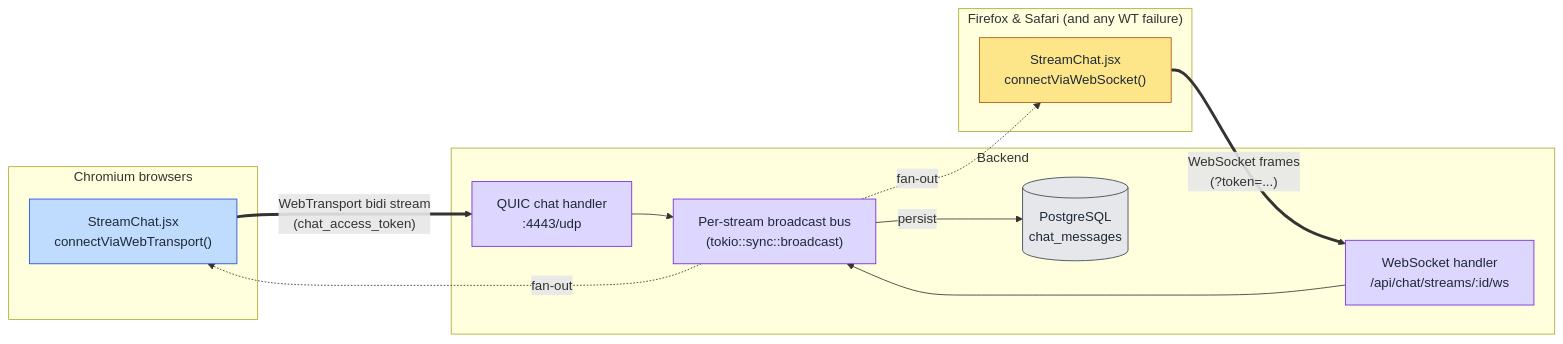
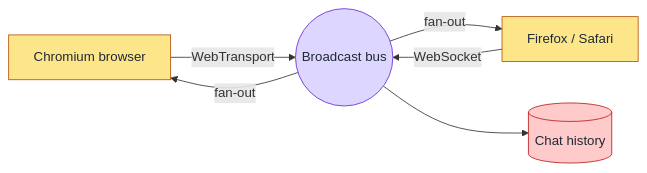
Before and after one commit to Dakotahernandez/fidget-livestreaming: the seventh of 7 diagrams in docs/architecture.md, drawn with Mermaid.

Commit message:
diagram update

````diff
--- a/docs/architecture.md
+++ b/docs/architecture.md
@@ -545,35 +545,15 @@
 ```mermaid
 flowchart LR
-    subgraph CHROMIUM["Chromium browsers"]
-        CC["StreamChat.jsx<br/>connectViaWebTransport()"]
-    end
+    CHROME["Chromium browser"] -->|"WebTransport"| BUS(("Broadcast bus"))
+    OTHER["Firefox / Safari"] -->|"WebSocket"| BUS
+    BUS -->|"fan-out"| CHROME
+    BUS -->|"fan-out"| OTHER
+    BUS --> DB[("Chat history")]
 
-    subgraph OTHERS["Firefox &amp; Safari (and any WT failure)"]
-        WC["StreamChat.jsx<br/>connectViaWebSocket()"]
-    end
-
-    subgraph BACKEND["Backend"]
-        QC["QUIC chat handler<br/>:4443/udp"]
-        WSH["WebSocket handler<br/>/api/chat/streams/:id/ws"]
-        BUS["Per-stream broadcast bus<br/>(tokio::sync::broadcast)"]
-        DB[("PostgreSQL<br/>chat_messages")]
-    end
-
-    CC == "WebTransport bidi stream<br/>(chat_access_token)" ==> QC
-    WC == "WebSocket frames<br/>(?token=...)" ==> WSH
-    QC --> BUS
-    WSH --> BUS
-    BUS -. "fan-out" .-> CC
-    BUS -. "fan-out" .-> WC
-    BUS -- "persist" --> DB
-
-    classDef chromium fill:#bfdbfe,stroke:#1d4ed8,color:#1f2937;
-    classDef other    fill:#fde68a,stroke:#b45309,color:#1f2937;
-    classDef backend  fill:#ddd6fe,stroke:#6d28d9,color:#1f2937;
-    classDef store    fill:#e5e7eb,stroke:#374151,color:#1f2937;
-
-    class CC chromium;
-    class WC other;
-    class QC,WSH,BUS backend;
+    classDef client fill:#fde68a,stroke:#b45309,color:#1f2937;
+    classDef step   fill:#ddd6fe,stroke:#6d28d9,color:#1f2937;
+    classDef store  fill:#fecaca,stroke:#b91c1c,color:#1f2937;
+    class CHROME,OTHER client;
+    class BUS step;
     class DB store;
 ```
````
